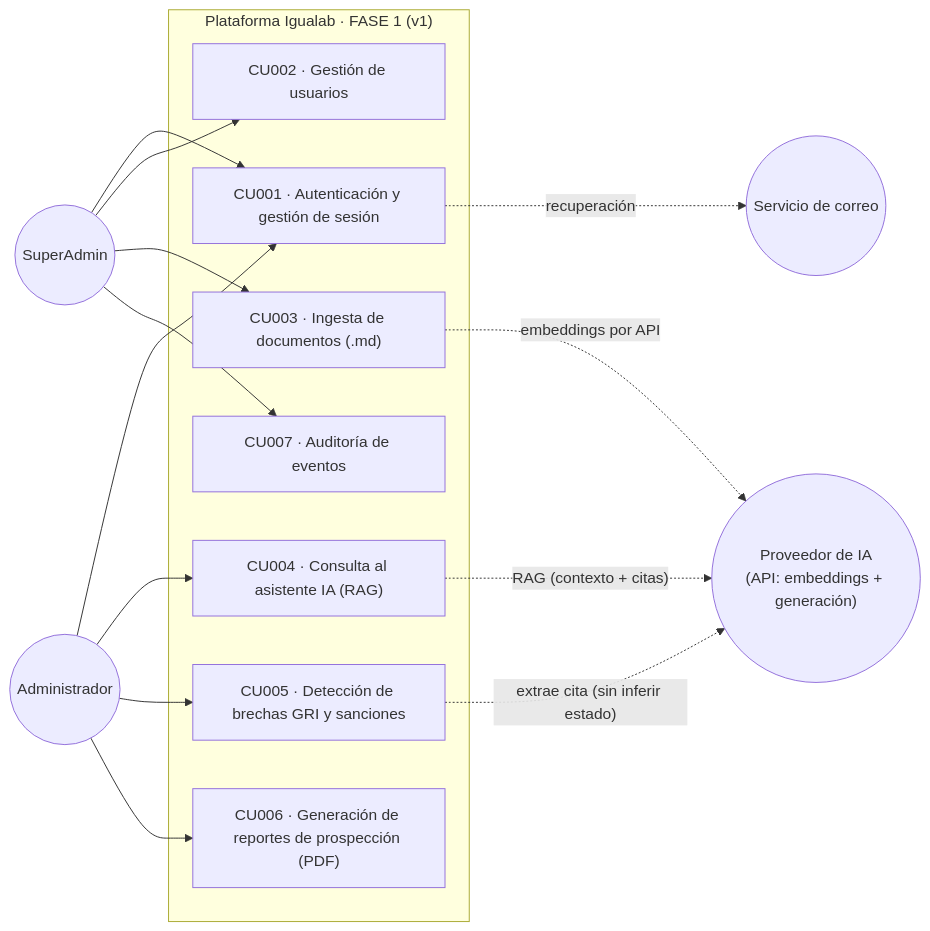
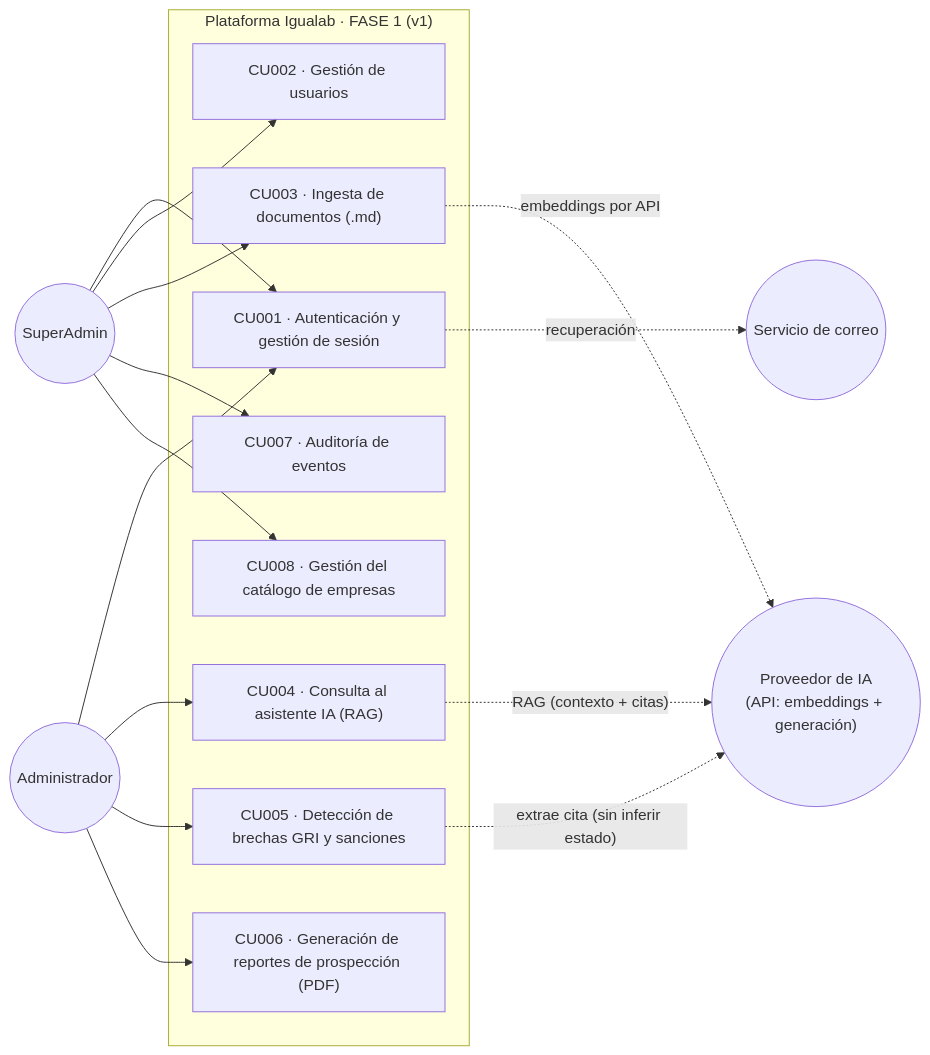
The first of 9 diagrams in FASE 1/01-Analisis-y-Diseno/07-Casos-de-Uso-Diagrama.md (lFunkwnon01/igualab_md), drawn with Mermaid before and after one commit. The commit also changed other lines of this file and 47 other files, not shown here.

First line of the commit message:
docs: alinea el vault completo al A&D V2 + limpieza y graphify

````diff
--- a/FASE 1/01-Analisis-y-Diseno/07-Casos-de-Uso-Diagrama.md
+++ b/FASE 1/01-Analisis-y-Diseno/07-Casos-de-Uso-Diagrama.md
@@ -16,24 +16,25 @@
 ```mermaid
 flowchart LR
   SU(("SuperAdmin"))
   AD(("Administrador"))
   IA(("Proveedor de IA<br/>(API: embeddings + generación)"))
   MAIL(("Servicio de correo"))
 
   subgraph Sistema["Plataforma Igualab · FASE 1 (v1)"]
     CU001["CU001 · Autenticación y gestión de sesión"]
     CU002["CU002 · Gestión de usuarios"]
     CU003["CU003 · Ingesta de documentos (.md)"]
     CU004["CU004 · Consulta al asistente IA (RAG)"]
     CU005["CU005 · Detección de brechas GRI y sanciones"]
     CU006["CU006 · Generación de reportes de prospección (PDF)"]
     CU007["CU007 · Auditoría de eventos"]
+    CU008["CU008 · Gestión del catálogo de empresas"]
   end
 
-  SU --> CU001 & CU002 & CU003 & CU007
+  SU --> CU001 & CU002 & CU003 & CU007 & CU008
   AD --> CU001 & CU004 & CU005 & CU006
   CU001 -. recuperación .-> MAIL
   CU003 -. embeddings por API .-> IA
   CU004 -. RAG (contexto + citas) .-> IA
   CU005 -. extrae cita (sin inferir estado) .-> IA
 ```
````
